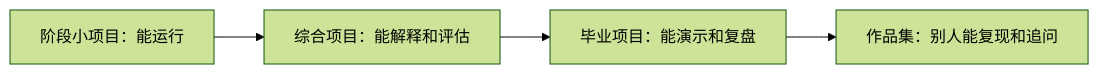
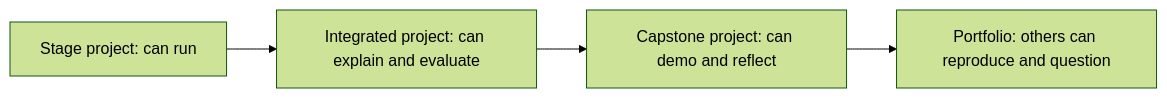
The first of 2 diagrams in docs/intro/project-roadmap.md (oudbiao/AI-fullstack-course), drawn with Mermaid (forest theme) before and after one commit. The commit also changed other lines of this file and 1406 other files, not shown here.

````diff
--- a/docs/intro/project-roadmap.md
+++ b/docs/intro/project-roadmap.md
@@ -18,6 +18,6 @@
 ```mermaid
 flowchart LR
-  A["阶段小项目：能运行"] --> B["综合项目：能解释和评估"]
-  B --> C["毕业项目：能演示和复盘"]
-  C --> D["作品集：别人能复现和追问"]
+  A["Stage project: can run"] --> B["Integrated project: can explain and evaluate"]
+  B --> C["Capstone project: can demo and reflect"]
+  C --> D["Portfolio: others can reproduce and question"]
 ```
````
